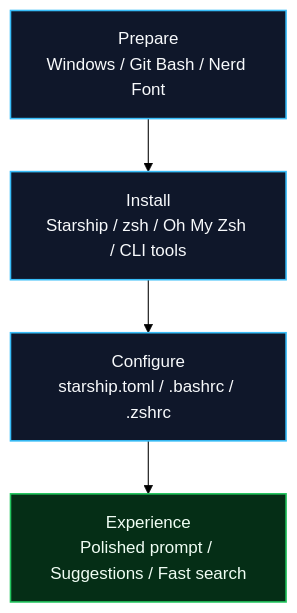
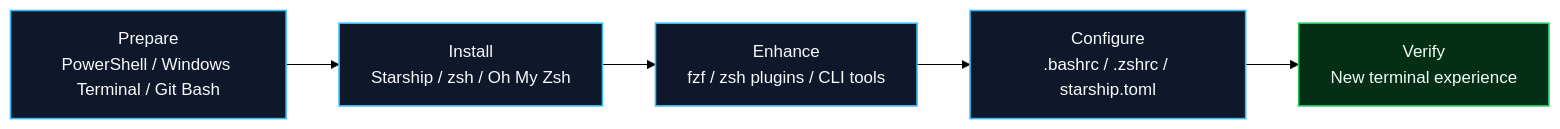
The diagram in README-EN.md (gyf-dev/windows-bash-zsh), drawn with Mermaid (forest theme) before and after one commit. The commit also changed other lines of this file and 3 other files, not shown here.

````diff
--- a/README-EN.md
+++ b/README-EN.md
@@ -39,15 +95,16 @@
 ```mermaid
-flowchart TB
-  A["Prepare<br/>Windows / Git Bash / Nerd Font"]
-  B["Install<br/>Starship / zsh / Oh My Zsh / CLI tools"]
-  C["Configure<br/>starship.toml / .bashrc / .zshrc"]
-  D["Experience<br/>Polished prompt / Suggestions / Fast search"]
+flowchart LR
+  A["Prepare<br/>PowerShell / Windows Terminal / Git Bash"]
+  B["Install<br/>Starship / zsh / Oh My Zsh"]
+  C["Enhance<br/>fzf / zsh plugins / CLI tools"]
+  D["Configure<br/>.bashrc / .zshrc / starship.toml"]
+  E["Verify<br/>New terminal experience"]
 
-  A --> B --> C --> D
+  A --> B --> C --> D --> E
 
-  classDef step fill:#0f172a,stroke:#38bdf8,stroke-width:1.5px,color:#f8fafc
-  classDef done fill:#052e16,stroke:#22c55e,stroke-width:1.5px,color:#f0fdf4
+  classDef base fill:#0f172a,stroke:#38bdf8,stroke-width:1.5px,color:#f8fafc
+  classDef final fill:#052e16,stroke:#22c55e,stroke-width:1.5px,color:#f0fdf4
 
-  class A,B,C step
-  class D done
+  class A,B,C,D base
+  class E final
 ```
````
